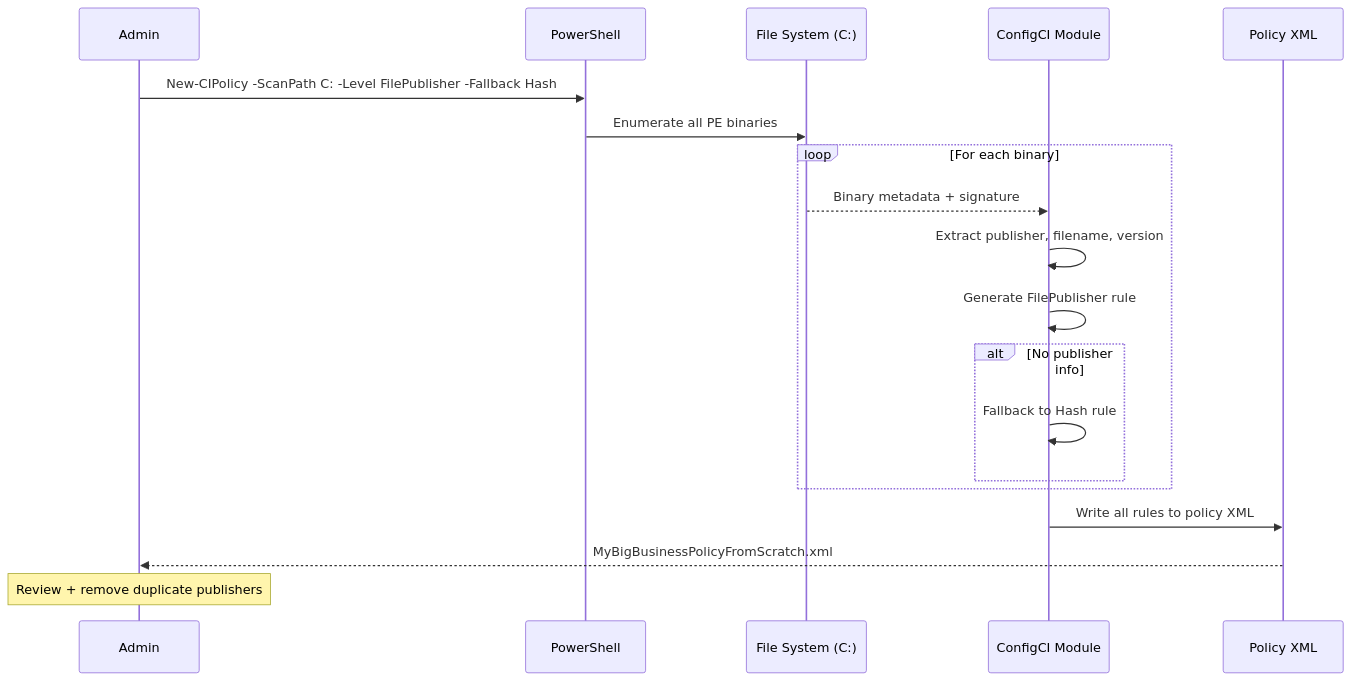
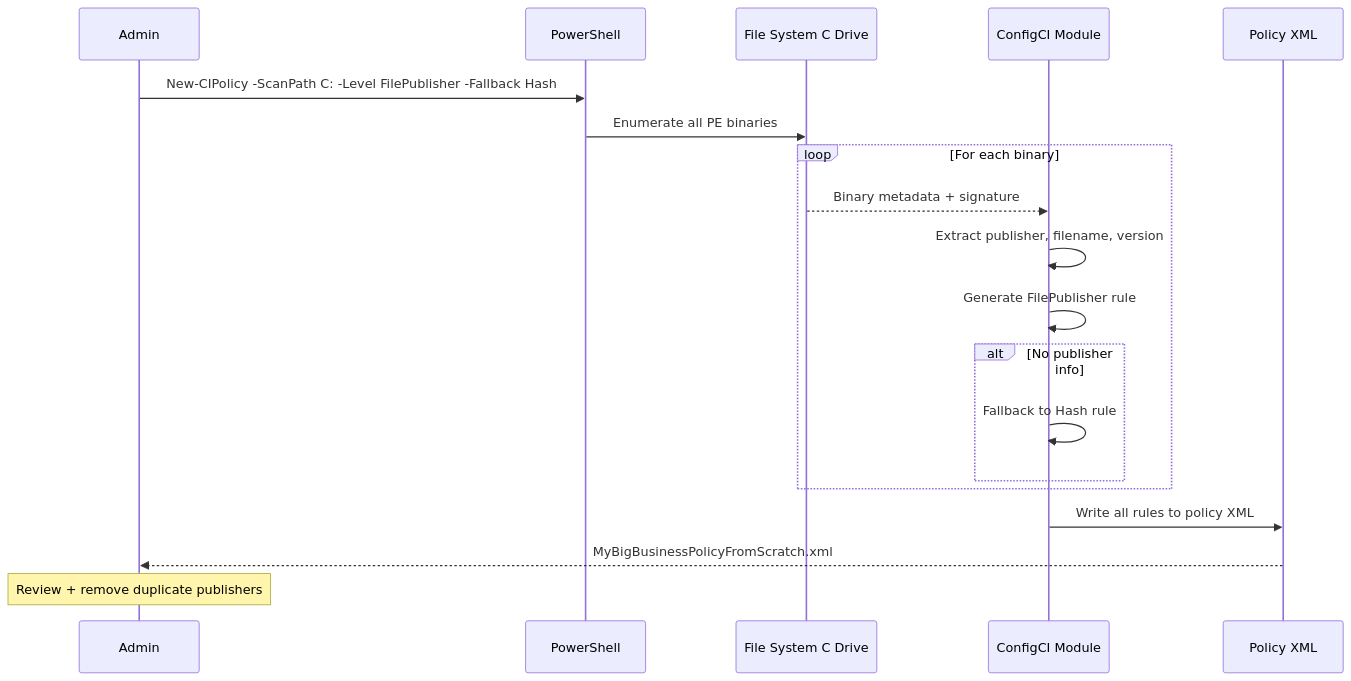
Before and after one commit to anubhavg-icpl/appControlBusiness: the second of 7 diagrams in docs/Part5-Base-Policy-Fully-Managed-Devices.md, drawn with Mermaid. The commit also changed 4 other files, not shown here.

First line of the commit message:
Fix Mermaid v10.9.5 syntax errors + OLED almond color scheme

````diff
--- a/docs/Part5-Base-Policy-Fully-Managed-Devices.md
+++ b/docs/Part5-Base-Policy-Fully-Managed-Devices.md
@@ -75,22 +75,22 @@
 ```mermaid
 sequenceDiagram
     participant Admin
     participant PS as PowerShell
-    participant FS as File System (C:)
+    participant FS as File System C Drive
     participant CI as ConfigCI Module
     participant XML as Policy XML
 
     Admin->>PS: New-CIPolicy -ScanPath C: -Level FilePublisher -Fallback Hash
     PS->>FS: Enumerate all PE binaries
     loop For each binary
         FS-->>CI: Binary metadata + signature
         CI->>CI: Extract publisher, filename, version
         CI->>CI: Generate FilePublisher rule
         alt No publisher info
             CI->>CI: Fallback to Hash rule
         end
     end
     CI->>XML: Write all rules to policy XML
     XML-->>Admin: MyBigBusinessPolicyFromScratch.xml
     Note over Admin: Review + remove duplicate publishers
 ```
````
